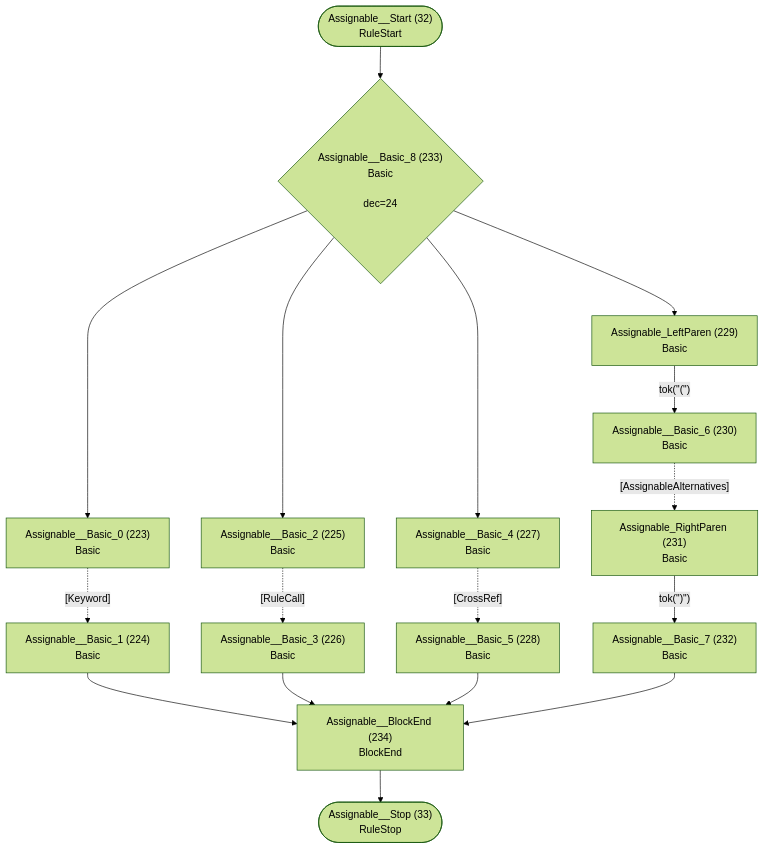
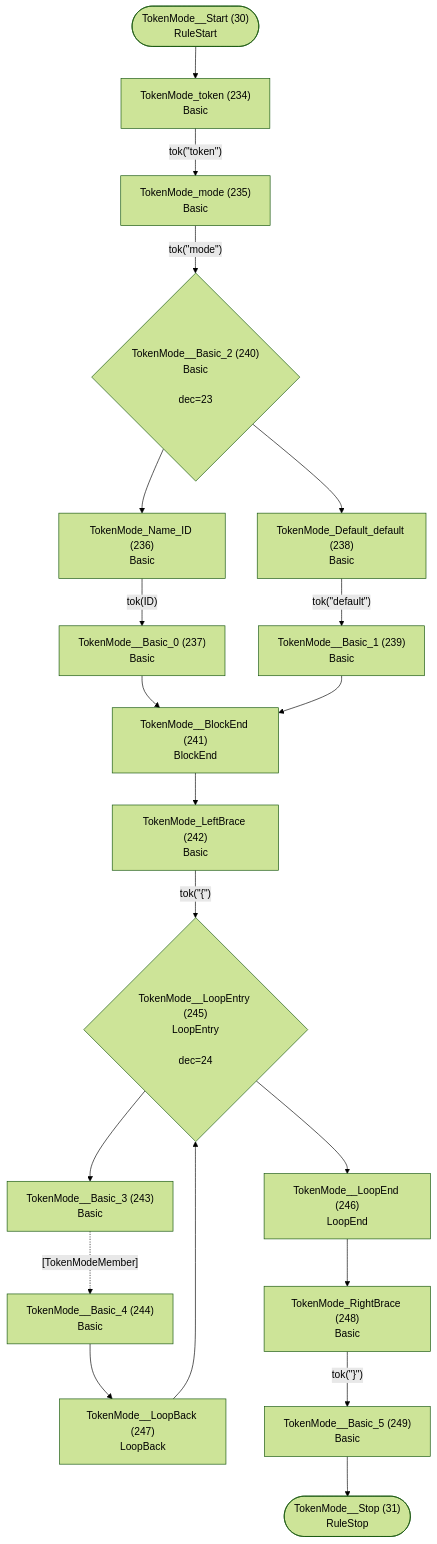
Before and after one commit to TypeFox/fastbelt: diagram 16 of 40 in internal/grammar/atn.md, drawn with Mermaid (forest theme). The commit also changed other lines of this file and 20 other files, not shown here.

````diff
--- a/internal/grammar/atn.md
+++ b/internal/grammar/atn.md
@@ -532,34 +496,41 @@
 ```mermaid
 flowchart TD
-    q32(["Assignable__Start (32)<br/>RuleStart"])
-    q33(["Assignable__Stop (33)<br/>RuleStop"])
-    q223["Assignable__Basic_0 (223)<br/>Basic<br/>"]
-    q224["Assignable__Basic_1 (224)<br/>Basic<br/>"]
-    q225["Assignable__Basic_2 (225)<br/>Basic<br/>"]
-    q226["Assignable__Basic_3 (226)<br/>Basic<br/>"]
-    q227["Assignable__Basic_4 (227)<br/>Basic<br/>"]
-    q228["Assignable__Basic_5 (228)<br/>Basic<br/>"]
-    q229["Assignable_LeftParen (229)<br/>Basic<br/>"]
-    q230["Assignable__Basic_6 (230)<br/>Basic<br/>"]
-    q231["Assignable_RightParen (231)<br/>Basic<br/>"]
-    q232["Assignable__Basic_7 (232)<br/>Basic<br/>"]
-    q233{"Assignable__Basic_8 (233)<br/>Basic<br/><br/>dec=24"}
-    q234["Assignable__BlockEnd (234)<br/>BlockEnd<br/>"]
+    q30(["TokenMode__Start (30)<br/>RuleStart"])
+    q31(["TokenMode__Stop (31)<br/>RuleStop"])
+    q234["TokenMode_token (234)<br/>Basic<br/>"]
+    q235["TokenMode_mode (235)<br/>Basic<br/>"]
+    q236["TokenMode_Name_ID (236)<br/>Basic<br/>"]
+    q237["TokenMode__Basic_0 (237)<br/>Basic<br/>"]
+    q238["TokenMode_Default_default (238)<br/>Basic<br/>"]
+    q239["TokenMode__Basic_1 (239)<br/>Basic<br/>"]
+    q240{"TokenMode__Basic_2 (240)<br/>Basic<br/><br/>dec=23"}
+    q241["TokenMode__BlockEnd (241)<br/>BlockEnd<br/>"]
+    q242["TokenMode_LeftBrace (242)<br/>Basic<br/>"]
+    q243["TokenMode__Basic_3 (243)<br/>Basic<br/>"]
+    q244["TokenMode__Basic_4 (244)<br/>Basic<br/>"]
+    q245{"TokenMode__LoopEntry (245)<br/>LoopEntry<br/><br/>dec=24"}
+    q246["TokenMode__LoopEnd (246)<br/>LoopEnd<br/>"]
+    q247["TokenMode__LoopBack (247)<br/>LoopBack<br/>"]
+    q248["TokenMode_RightBrace (248)<br/>Basic<br/>"]
+    q249["TokenMode__Basic_5 (249)<br/>Basic<br/>"]
 
-    q32 --> q233
-    q223 -.->|"[Keyword]"| q224
-    q224 --> q234
-    q225 -.->|"[RuleCall]"| q226
-    q226 --> q234
-    q227 -.->|"[CrossRef]"| q228
-    q228 --> q234
-    q229 -->|"tok(&quot;(&quot;)"| q230
-    q230 -.->|"[AssignableAlternatives]"| q231
-    q231 -->|"tok(&quot;)&quot;)"| q232
-    q232 --> q234
-    q233 --> q223
-    q233 --> q225
-    q233 --> q227
-    q233 --> q229
-    q234 --> q33
+    q30 --> q234
+    q234 -->|"tok(&quot;token&quot;)"| q235
+    q235 -->|"tok(&quot;mode&quot;)"| q240
+    q236 -->|"tok(ID)"| q237
+    q237 --> q241
+    q238 -->|"tok(&quot;default&quot;)"| q239
+    q239 --> q241
+    q240 --> q236
+    q240 --> q238
+    q241 --> q242
+    q242 -->|"tok(&quot;{&quot;)"| q245
+    q243 -.->|"[TokenModeMember]"| q244
+    q244 --> q247
+    q245 --> q243
+    q245 --> q246
+    q246 --> q248
+    q247 --> q245
+    q248 -->|"tok(&quot;}&quot;)"| q249
+    q249 --> q31
 ```
````
